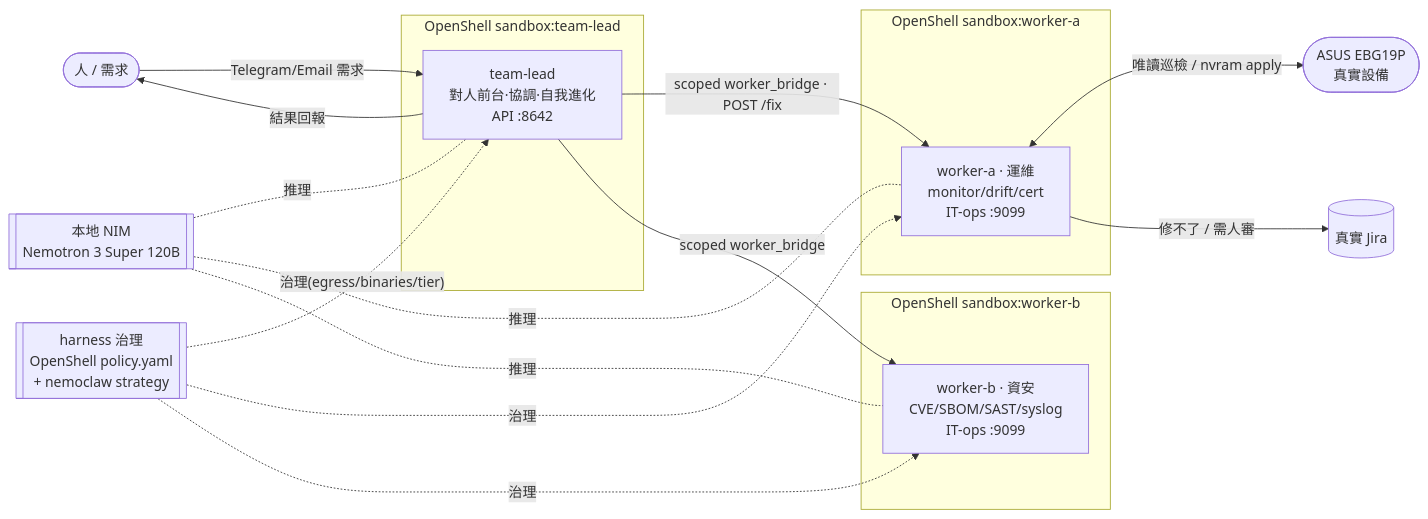
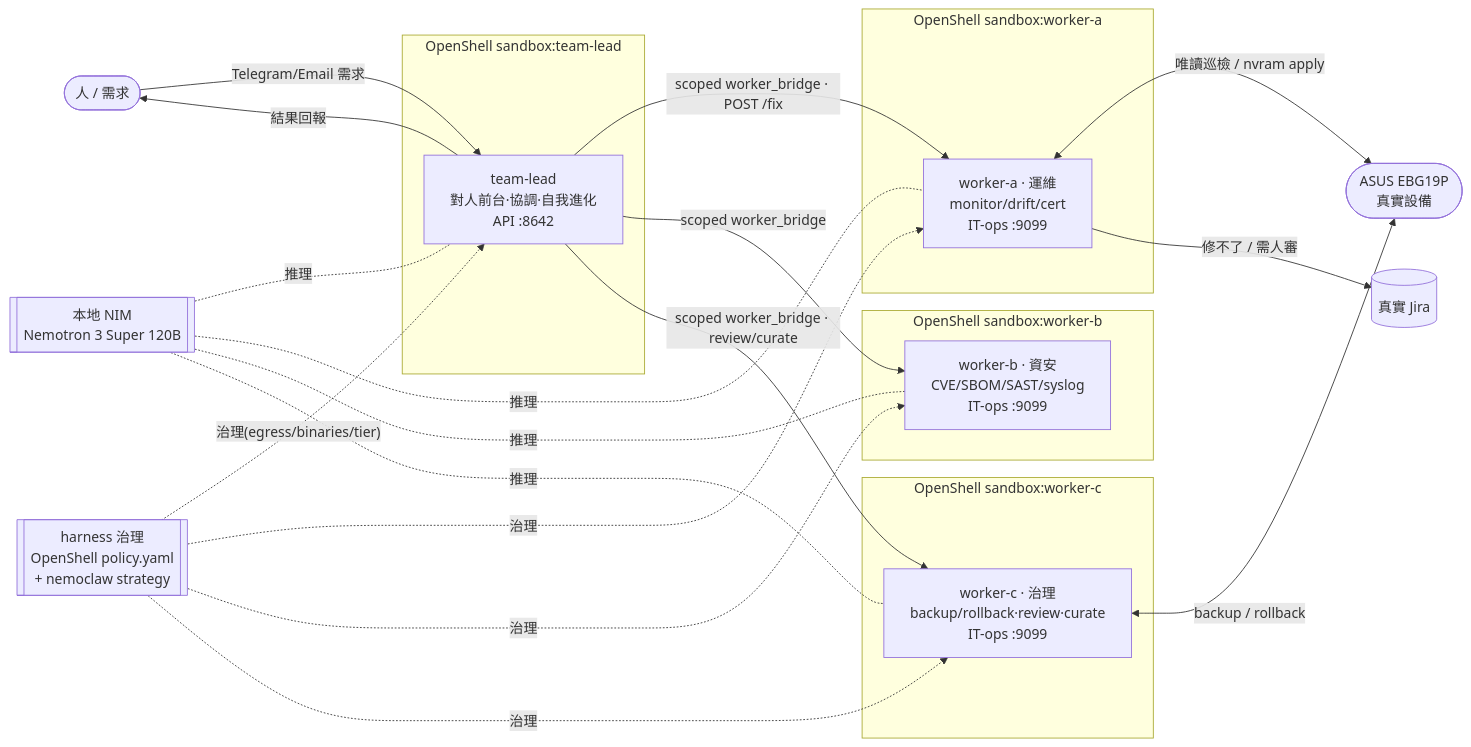
Before and after one commit to tonyandclaw/nemofleet: the diagram in docs/design/architecture.md, drawn with Mermaid. The commit also changed other lines of this file and 2 other files, not shown here.

````diff
--- a/docs/design/architecture.md
+++ b/docs/design/architecture.md
@@ -9,30 +9,37 @@
 ```mermaid
 flowchart LR
   user([人 / 需求])
   device([ASUS EBG19P<br/>真實設備])
   jira[(真實 Jira)]
   subgraph tl[OpenShell sandbox:team-lead]
     lead[team-lead<br/>對人前台·協調·自我進化<br/>API :8642]
   end
   subgraph wa[OpenShell sandbox:worker-a]
     workera[worker-a · 運維<br/>monitor/drift/cert<br/>IT-ops :9099]
   end
   subgraph wb[OpenShell sandbox:worker-b]
     workerb[worker-b · 資安<br/>CVE/SBOM/SAST/syslog<br/>IT-ops :9099]
   end
+  subgraph wc[OpenShell sandbox:worker-c]
+    workerc[worker-c · 治理<br/>backup/rollback·review·curate<br/>IT-ops :9099]
+  end
   nim[[本地 NIM<br/>Nemotron 3 Super 120B]]
   gov[[harness 治理<br/>OpenShell policy.yaml<br/>+ nemoclaw strategy]]
 
   user -->|Telegram/Email 需求| lead
   lead -->|scoped worker_bridge · POST /fix| workera
   lead -->|scoped worker_bridge| workerb
+  lead -->|scoped worker_bridge · review/curate| workerc
   workera <-->|唯讀巡檢 / nvram apply| device
   workera -->|修不了 / 需人審| jira
+  workerc <-->|backup / rollback| device
   lead -->|結果回報| user
   nim -. 推理 .- lead
   nim -. 推理 .- workera
   nim -. 推理 .- workerb
+  nim -. 推理 .- workerc
   gov -. 治理(egress/binaries/tier) .-> lead
   gov -. 治理 .-> workera
   gov -. 治理 .-> workerb
+  gov -. 治理 .-> workerc
 ```
````
